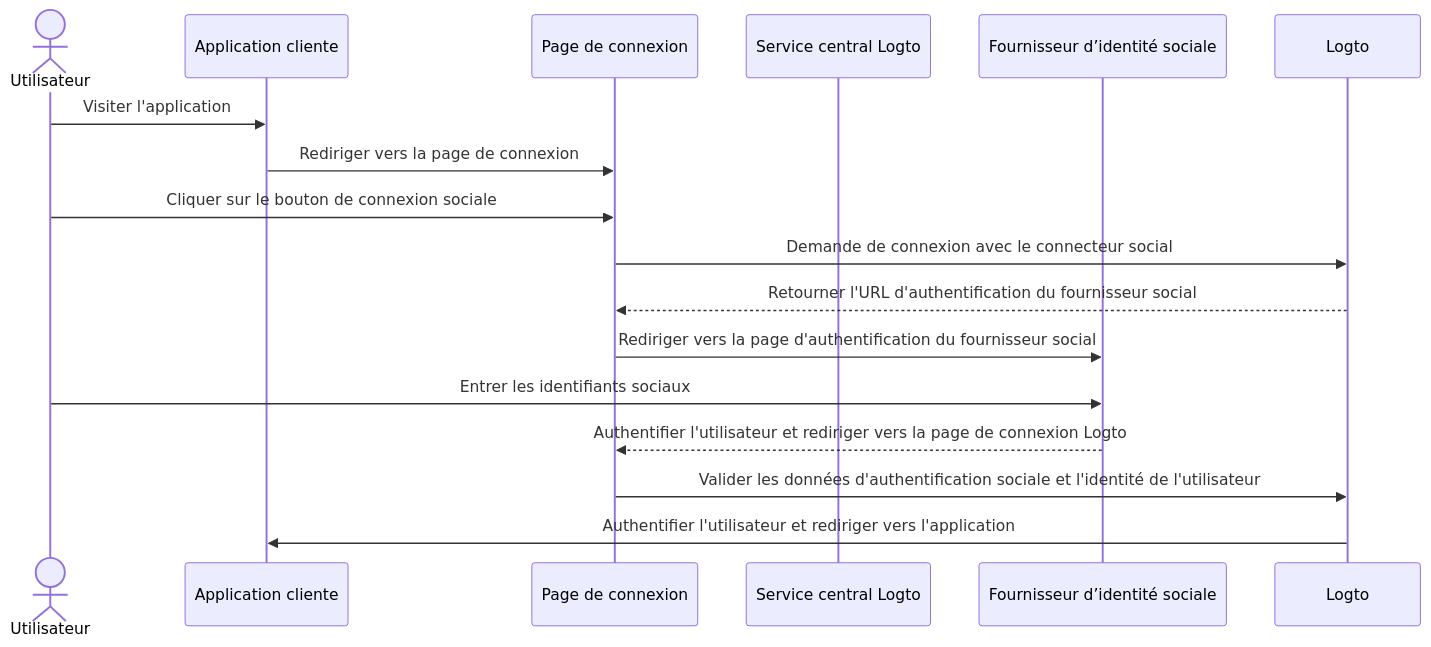
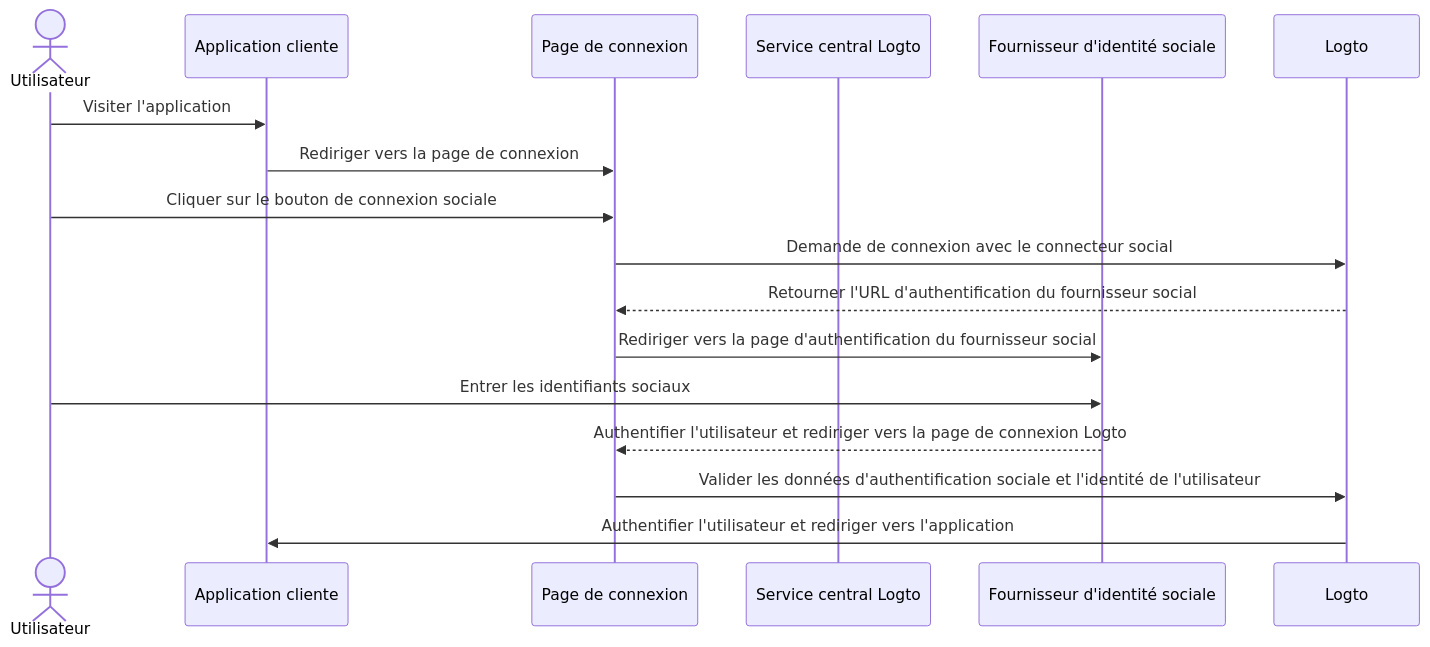
One commit to logto-io/docs changed the first of 5 diagrams in i18n/fr/docusaurus-plugin-content-docs/current/end-user-flows/sign-up-and-sign-in/social-sign-in.mdx. Above: the diagram before and after it, drawn with Mermaid. The commit also changed other lines of this file and 428 other files, not shown here.

````diff
--- a/i18n/fr/docusaurus-plugin-content-docs/current/end-user-flows/sign-up-and-sign-in/social-sign-in.mdx
+++ b/i18n/fr/docusaurus-plugin-content-docs/current/end-user-flows/sign-up-and-sign-in/social-sign-in.mdx
@@ -35,19 +36,19 @@
 ```mermaid
 sequenceDiagram
     actor user as Utilisateur
     participant app as Application cliente
     participant experience as Page de connexion
     participant logto as Service central Logto
-    participant social as Fournisseur d’identité sociale
+    participant social as Fournisseur d'identité sociale
 
     user->>app: Visiter l'application
     app->>experience: Rediriger vers la page de connexion
     user->>experience: Cliquer sur le bouton de connexion sociale
     experience->>Logto: Demande de connexion avec le connecteur social
     Logto-->>experience: Retourner l'URL d'authentification du fournisseur social
     experience->>social: Rediriger vers la page d'authentification du fournisseur social
     user->>social: Entrer les identifiants sociaux
     social-->>experience: Authentifier l'utilisateur et rediriger vers la page de connexion Logto
     experience->>Logto: Valider les données d'authentification sociale et l'identité de l'utilisateur
     Logto->>app: Authentifier l'utilisateur et rediriger vers l'application
 ```
````
